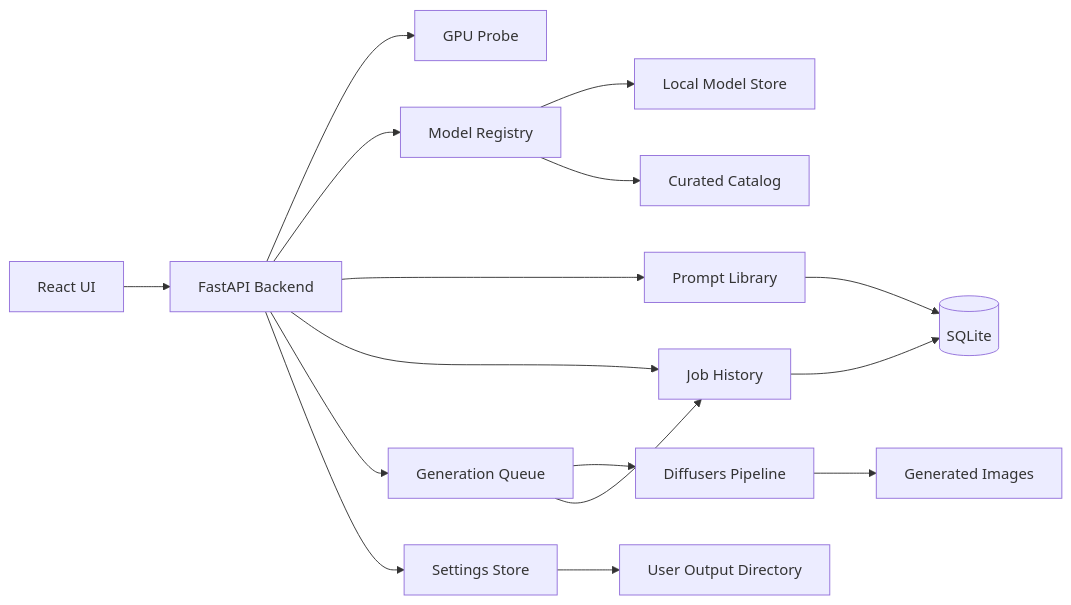
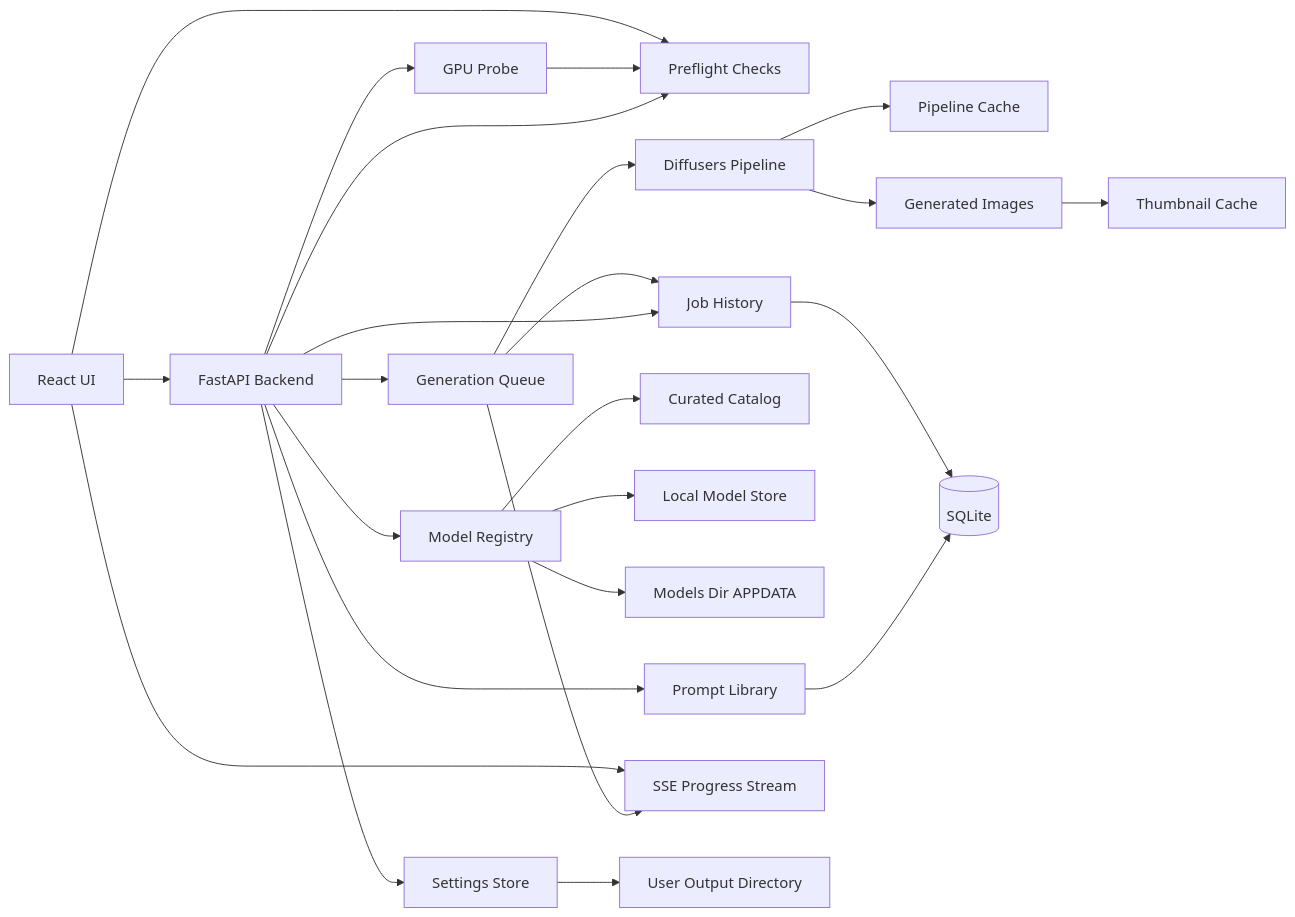
The first of 3 diagrams in docs/BUILD_PLAN.md (LeO1i/Onperm-ImageGenerator), drawn with Mermaid before and after one commit. The commit also changed other lines of this file, not shown here.

````diff
--- a/docs/BUILD_PLAN.md
+++ b/docs/BUILD_PLAN.md
@@ -34,18 +47,26 @@
 ```mermaid
 flowchart LR
   ReactUI[React UI] --> FastAPI[FastAPI Backend]
   FastAPI --> GpuProbe[GPU Probe]
+  FastAPI --> Preflight[Preflight Checks]
   FastAPI --> ModelRegistry[Model Registry]
   FastAPI --> PromptLibrary[Prompt Library]
   FastAPI --> JobHistory[Job History]
   FastAPI --> GenerationQueue[Generation Queue]
   FastAPI --> SettingsStore[Settings Store]
+  ModelRegistry --> Catalog[Curated Catalog]
   ModelRegistry --> LocalModels[Local Model Store]
-  ModelRegistry --> Catalog[Curated Catalog]
+  ModelRegistry --> ModelsDir["Models Dir APPDATA"]
   GenerationQueue --> Diffusers[Diffusers Pipeline]
+  GenerationQueue --> SSE[SSE Progress Stream]
+  Diffusers --> PipelineCache[Pipeline Cache]
   Diffusers --> OutputGallery[Generated Images]
+  OutputGallery --> ThumbCache[Thumbnail Cache]
   SettingsStore --> OutputDir[User Output Directory]
   PromptLibrary --> SQLite[(SQLite)]
   JobHistory --> SQLite
   GenerationQueue --> JobHistory
+  GpuProbe --> Preflight
+  ReactUI --> SSE
+  ReactUI --> Preflight
 ```
````
